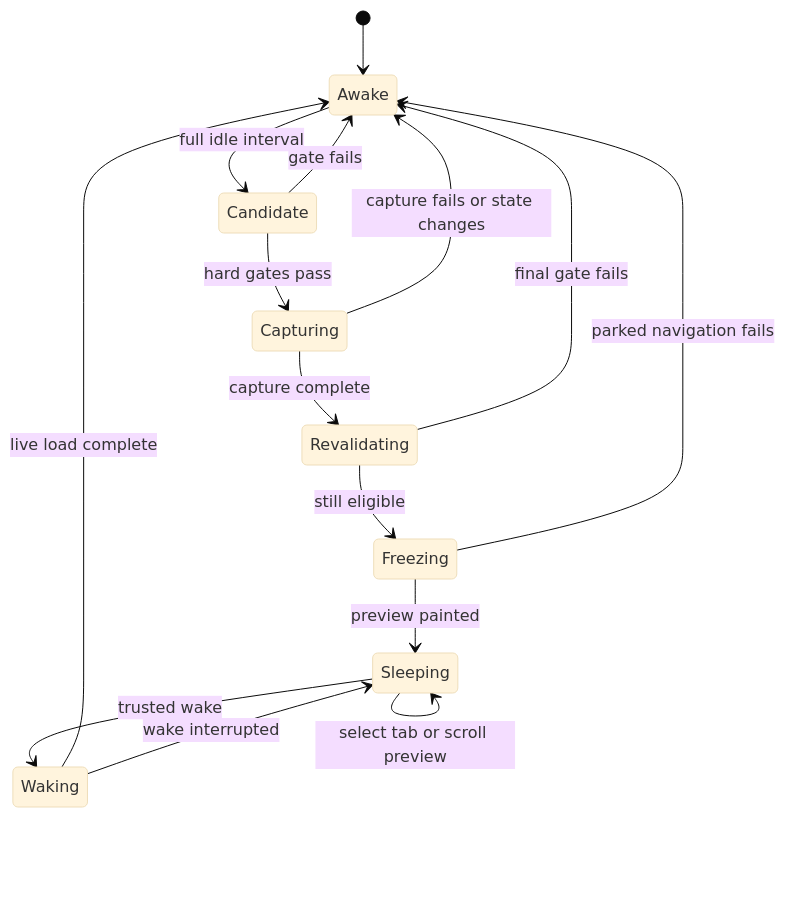
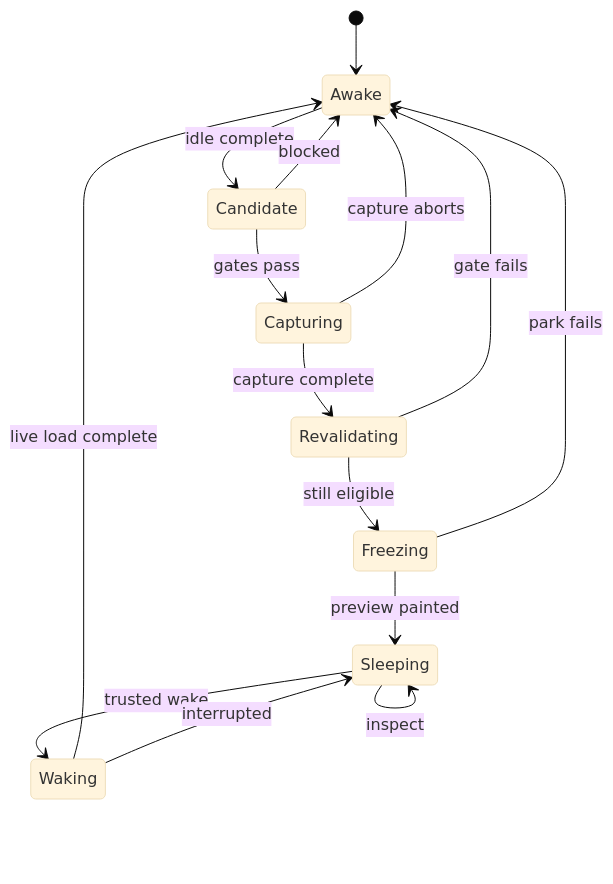
Before and after one commit to ElijahUmana/tab-sleep: the third of 3 diagrams in README.md, drawn with Mermaid (base theme). The commit also changed other lines of this file, not shown here.

First line of the commit message:
docs: split architecture into legible diagrams

````diff
--- a/README.md
+++ b/README.md
@@ -81,20 +57,20 @@
 ```mermaid
 stateDiagram-v2
   direction TB
 
   [*] --> Awake
-  Awake --> Candidate: full idle interval
-  Candidate --> Capturing: hard gates pass
+  Awake --> Candidate: idle complete
+  Candidate --> Capturing: gates pass
   Capturing --> Revalidating: capture complete
   Revalidating --> Freezing: still eligible
   Freezing --> Sleeping: preview painted
   Sleeping --> Waking: trusted wake
   Waking --> Awake: live load complete
 
-  Candidate --> Awake: gate fails
-  Capturing --> Awake: capture fails or state changes
-  Revalidating --> Awake: final gate fails
-  Freezing --> Awake: parked navigation fails
-  Sleeping --> Sleeping: select tab or scroll preview
-  Waking --> Sleeping: wake interrupted
+  Candidate --> Awake: blocked
+  Capturing --> Awake: capture aborts
+  Revalidating --> Awake: gate fails
+  Freezing --> Awake: park fails
+  Sleeping --> Sleeping: inspect
+  Waking --> Sleeping: interrupted
 ```
````
